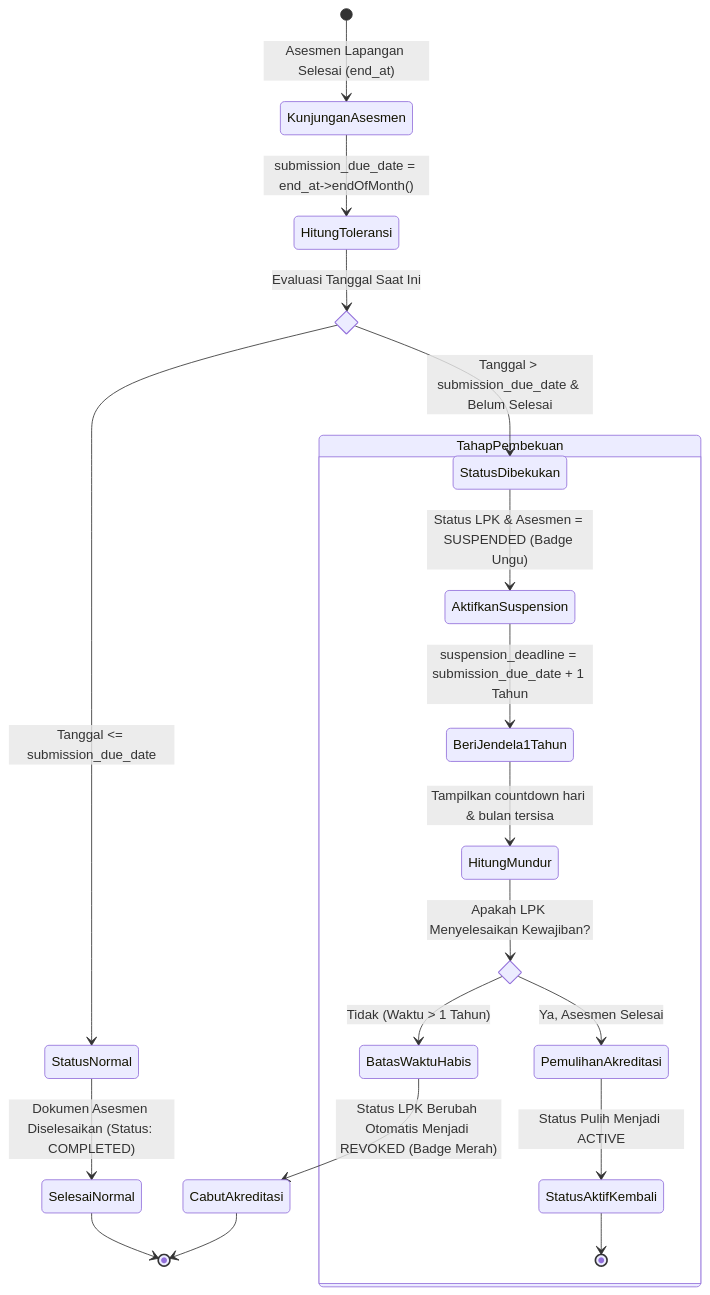
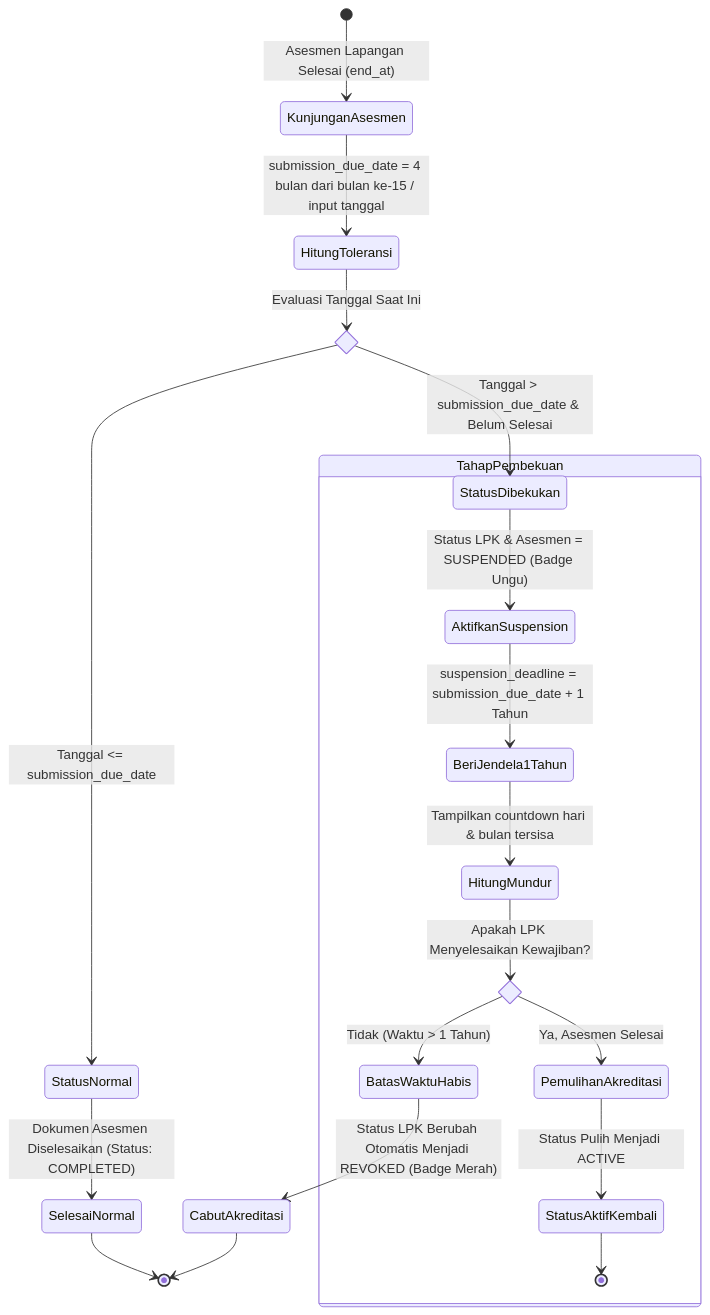
One commit to greedykid/prototype-magang changed the fourth of 9 diagrams in docs/04-tahap-perancangan.md. Above: the diagram before and after it, drawn with Mermaid. The commit also changed other lines of this file and 48 other files, not shown here.

````diff
--- a/docs/04-tahap-perancangan.md
+++ b/docs/04-tahap-perancangan.md
@@ -172,30 +172,30 @@
 ```mermaid
 stateDiagram-v2
     [*] --> KunjunganAsesmen: Asesmen Lapangan Selesai (end_at)
-    KunjunganAsesmen --> HitungToleransi: submission_due_date = end_at->endOfMonth()
+    KunjunganAsesmen --> HitungToleransi: submission_due_date = 4 bulan dari bulan ke-15 / input tanggal
     
     state CekBulanKunjungan <<choice>>
     HitungToleransi --> CekBulanKunjungan: Evaluasi Tanggal Saat Ini
     CekBulanKunjungan --> StatusNormal: Tanggal <= submission_due_date
     StatusNormal --> SelesaiNormal: Dokumen Asesmen Diselesaikan (Status: COMPLETED)
     SelesaiNormal --> [*]
     
     CekBulanKunjungan --> StatusDibekukan: Tanggal > submission_due_date & Belum Selesai
     
     state TahapPembekuan {
         StatusDibekukan --> AktifkanSuspension: Status LPK & Asesmen = SUSPENDED (Badge Ungu)
         AktifkanSuspension --> BeriJendela1Tahun: suspension_deadline = submission_due_date + 1 Tahun
         BeriJendela1Tahun --> HitungMundur: Tampilkan countdown hari & bulan tersisa
         
         state CekPenyelesaian1Tahun <<choice>>
         HitungMundur --> CekPenyelesaian1Tahun: Apakah LPK Menyelesaikan Kewajiban?
         CekPenyelesaian1Tahun --> PemulihanAkreditasi: Ya, Asesmen Selesai
         PemulihanAkreditasi --> StatusAktifKembali: Status Pulih Menjadi ACTIVE
         StatusAktifKembali --> [*]
         
         CekPenyelesaian1Tahun --> BatasWaktuHabis: Tidak (Waktu > 1 Tahun)
     }
     
     BatasWaktuHabis --> CabutAkreditasi: Status LPK Berubah Otomatis Menjadi REVOKED (Badge Merah)
     CabutAkreditasi --> [*]
 ```
````
